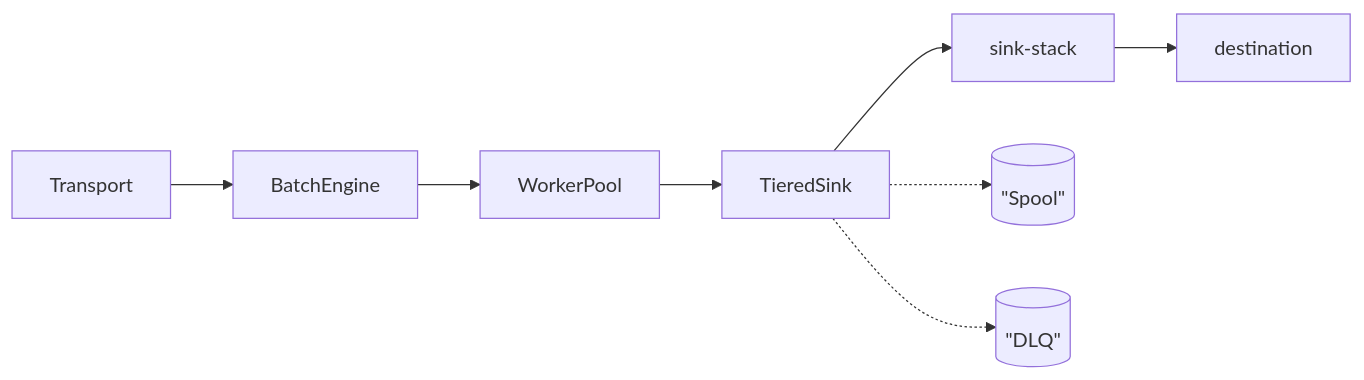
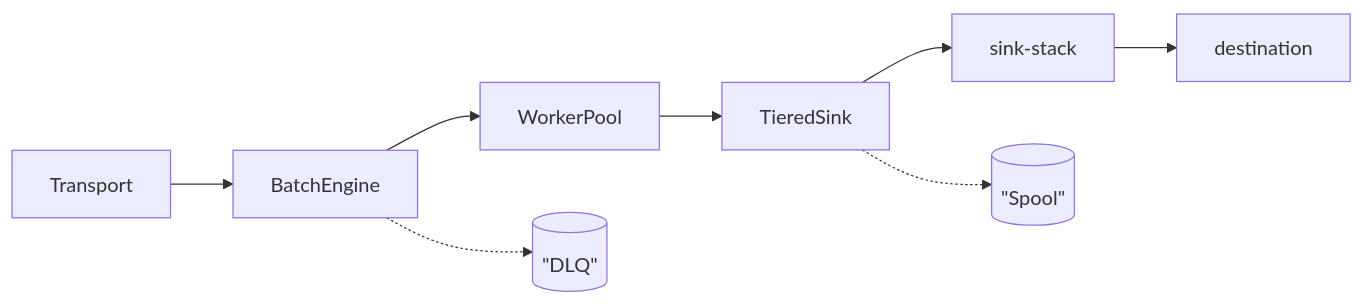
One commit to hyperi-io/scalo-rs changed the diagram in docs/pipeline/README.md. Above: the diagram before and after it, drawn with Mermaid. The commit also changed other lines of this file and 56 other files, not shown here.

````diff
--- a/docs/pipeline/README.md
+++ b/docs/pipeline/README.md
@@ -11,10 +11,10 @@
 ```mermaid
 flowchart LR
     T["Transport"] --> BE["BatchEngine"]
     BE --> WP["WorkerPool"]
     WP --> TS["TieredSink"]
     TS --> SS["sink-stack"]
     SS --> Out["destination"]
     TS -.-> SP[(&quot;Spool&quot;)]
-    TS -.-> DLQ[(&quot;DLQ&quot;)]
+    BE -.-> DLQ[(&quot;DLQ&quot;)]
 ```
````
